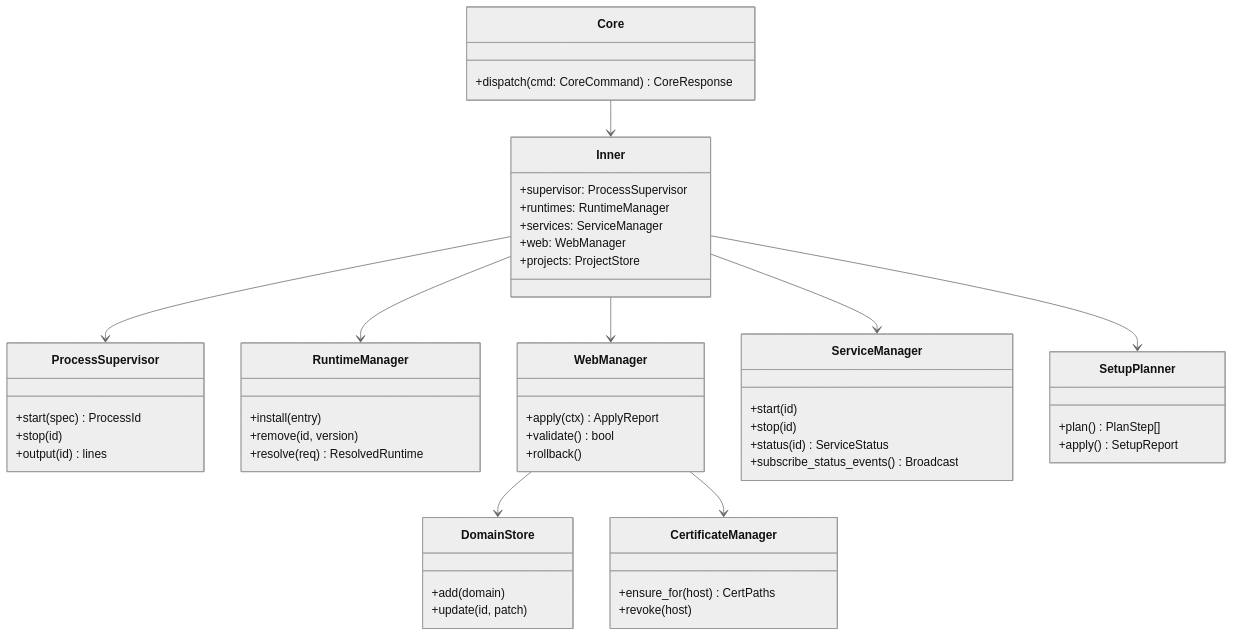
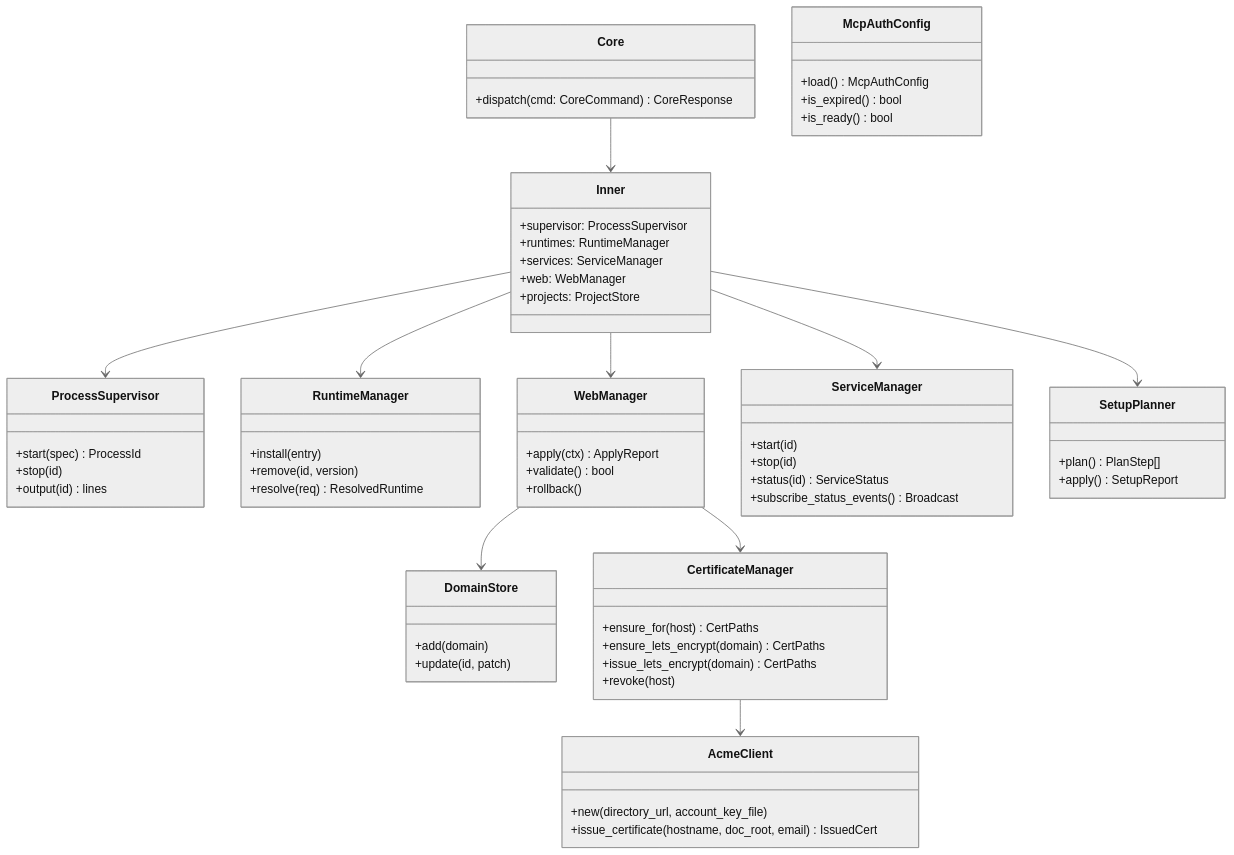
The diagram in specs/diagrams/classes.mmd (kz370/OpenLocalServer), drawn with Mermaid (neutral theme) before and after one commit. The commit also changed 9 other files, not shown here.

```diff
--- a/specs/diagrams/classes.mmd
+++ b/specs/diagrams/classes.mmd
@@ -1,52 +1,64 @@
 classDiagram
   class Core {
     +dispatch(cmd: CoreCommand) CoreResponse
   }
   class Inner {
     +supervisor: ProcessSupervisor
     +runtimes: RuntimeManager
     +services: ServiceManager
     +web: WebManager
     +projects: ProjectStore
   }
   class ProcessSupervisor {
     +start(spec) ProcessId
     +stop(id)
     +output(id) lines
   }
   class RuntimeManager {
     +install(entry)
     +remove(id, version)
     +resolve(req) ResolvedRuntime
   }
   class WebManager {
     +apply(ctx) ApplyReport
     +validate() bool
     +rollback()
   }
   class DomainStore {
     +add(domain)
     +update(id, patch)
   }
   class CertificateManager {
     +ensure_for(host) CertPaths
+    +ensure_lets_encrypt(domain) CertPaths
+    +issue_lets_encrypt(domain) CertPaths
     +revoke(host)
+  }
+  class AcmeClient {
+    +new(directory_url, account_key_file)
+    +issue_certificate(hostname, doc_root, email) IssuedCert
+  }
+  class McpAuthConfig {
+    +load() McpAuthConfig
+    +is_expired() bool
+    +is_ready() bool
   }
   class ServiceManager {
     +start(id)
     +stop(id)
     +status(id) ServiceStatus
     +subscribe_status_events() Broadcast<ServiceStateEvent>
   }
   class SetupPlanner {
     +plan() PlanStep[]
     +apply() SetupReport
   }
   Core --> Inner
   Inner --> ProcessSupervisor
   Inner --> RuntimeManager
   Inner --> ServiceManager
   Inner --> WebManager
   WebManager --> DomainStore
   WebManager --> CertificateManager
+  CertificateManager --> AcmeClient
   Inner --> SetupPlanner
```
